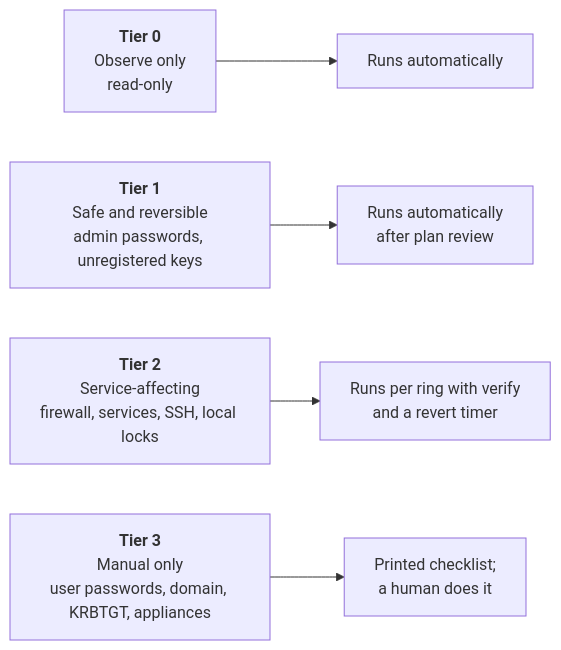
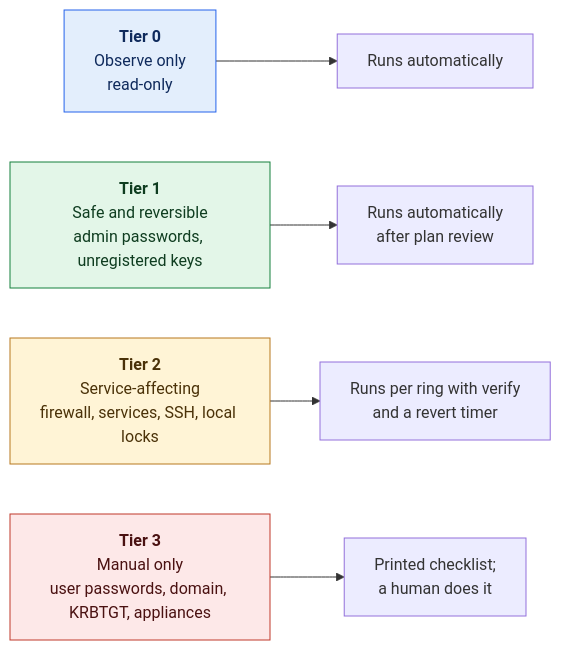
The first of 2 diagrams in docs/design/01-Lockout-Panic-Button.md (dotnetdork/Labyrinth), drawn with Mermaid before and after one commit. The commit also changed other lines of this file and 12 other files, not shown here.

````diff
--- a/docs/design/01-Lockout-Panic-Button.md
+++ b/docs/design/01-Lockout-Panic-Button.md
@@ -54,7 +54,15 @@
 ```mermaid
 flowchart LR
     T0["<b>Tier 0</b><br/>Observe only<br/>read-only"] --> R0["Runs automatically"]
     T1["<b>Tier 1</b><br/>Safe and reversible<br/>admin passwords, unregistered keys"] --> R1["Runs automatically<br/>after plan review"]
     T2["<b>Tier 2</b><br/>Service-affecting<br/>firewall, services, SSH, local locks"] --> R2["Runs per ring with verify<br/>and a revert timer"]
     T3["<b>Tier 3</b><br/>Manual only<br/>user passwords, domain, KRBTGT, appliances"] --> R3["Printed checklist;<br/>a human does it"]
+    classDef observe fill:#e3eefc,stroke:#2563eb,color:#0f2a5c
+    classDef ok fill:#e3f6e8,stroke:#15803d,color:#0f3d20
+    classDef human fill:#fff4d6,stroke:#b7791f,color:#4a3108
+    classDef lockout fill:#fde8e8,stroke:#c0392b,color:#4a1111
+    class T0 observe
+    class T1 ok
+    class T2 human
+    class T3 lockout
 ```
````
